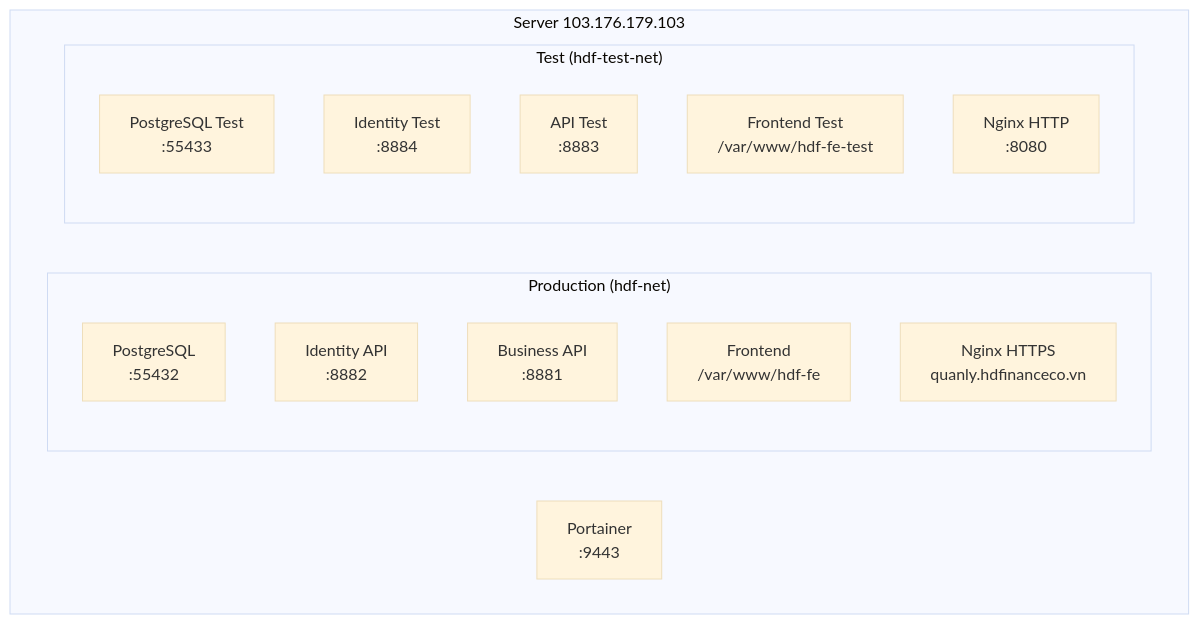
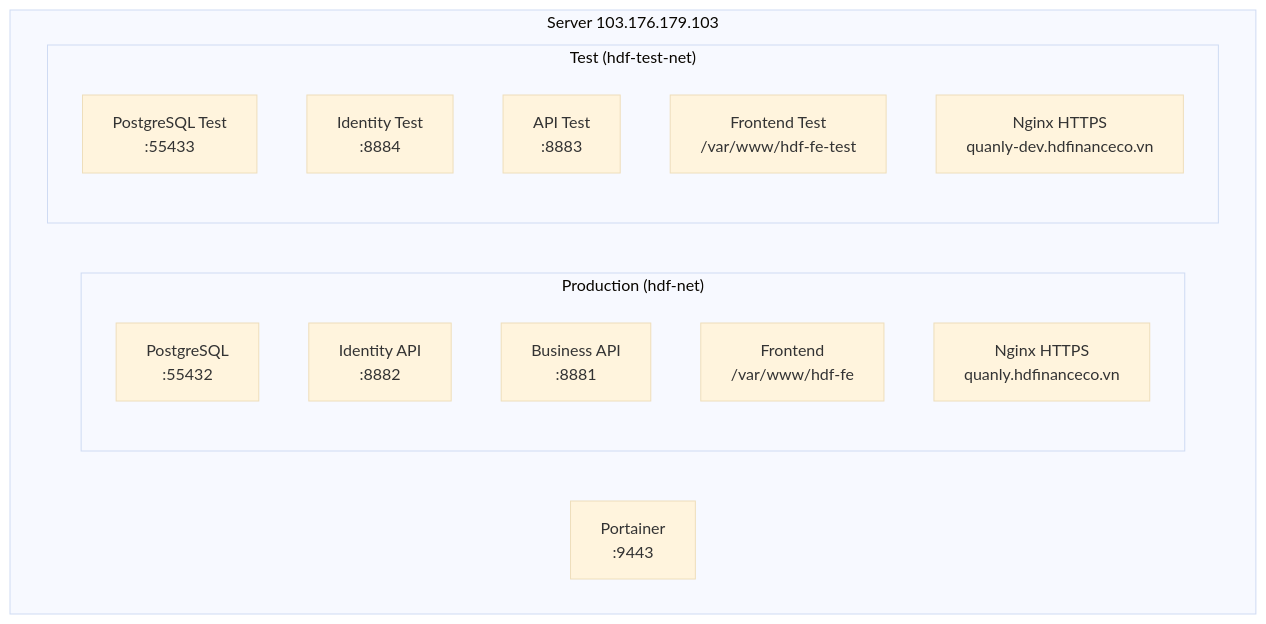
Before and after one commit to mhung21/hdf-api: the diagram in portainer_test_setup.md, drawn with Mermaid (base theme). The commit also changed other lines of this file and 1 other file, not shown here.

````diff
--- a/portainer_test_setup.md
+++ b/portainer_test_setup.md
@@ -8,20 +8,20 @@
 ```mermaid
 graph TB
     subgraph "Server 103.176.179.103"
         subgraph "Production (hdf-net)"
             PG_PROD["PostgreSQL<br/>:55432"]
             ID_PROD["Identity API<br/>:8882"]
             API_PROD["Business API<br/>:8881"]
             FE_PROD["Frontend<br/>/var/www/hdf-fe"]
             NGINX_PROD["Nginx HTTPS<br/>quanly.hdfinanceco.vn"]
         end
         subgraph "Test (hdf-test-net)"
             PG_TEST["PostgreSQL Test<br/>:55433"]
             ID_TEST["Identity Test<br/>:8884"]
             API_TEST["API Test<br/>:8883"]
             FE_TEST["Frontend Test<br/>/var/www/hdf-fe-test"]
-            NGINX_TEST["Nginx HTTP<br/>:8080"]
+            NGINX_TEST["Nginx HTTPS<br/>quanly-dev.hdfinanceco.vn"]
         end
         PORTAINER["Portainer<br/>:9443"]
     end
 ```
````
